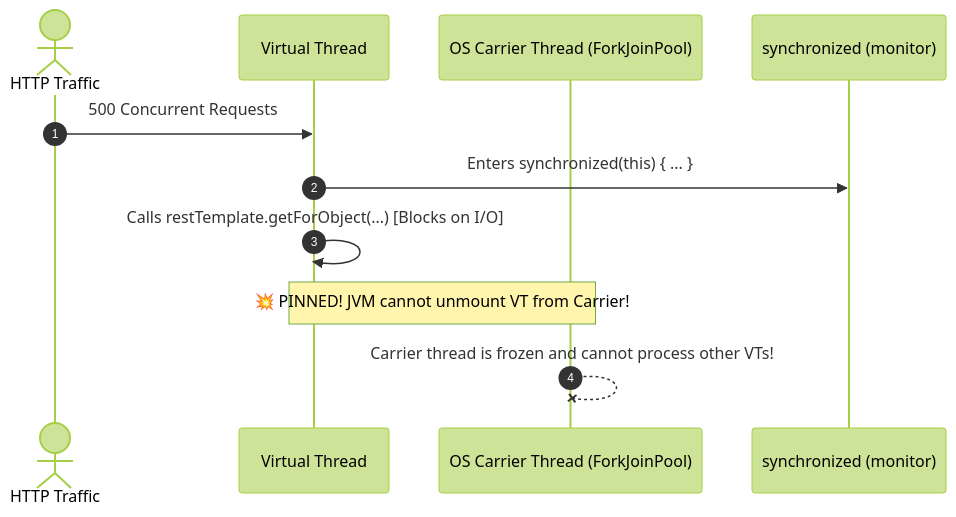
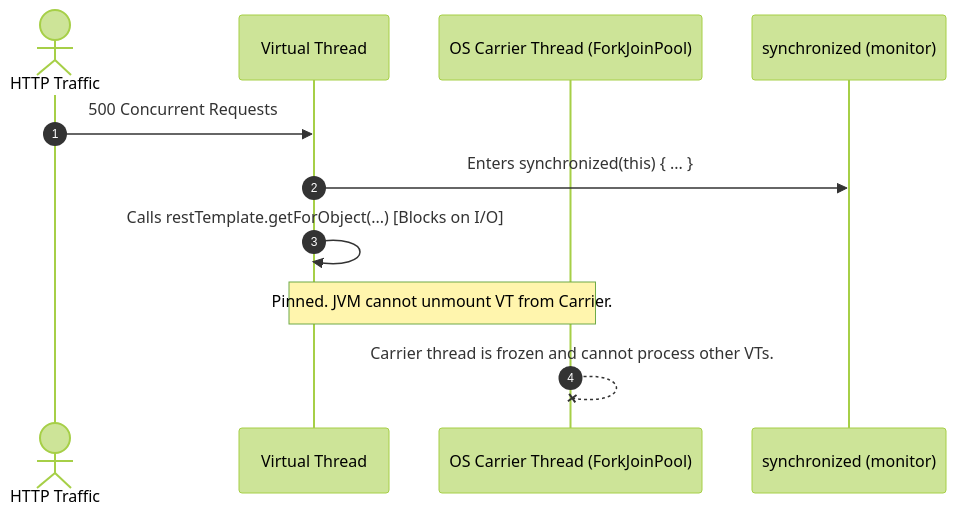
The second of 2 diagrams in docs/debugging/spring-modulith-and-virtual-thread-pinning-pitfalls.md (Rohit1024/spring-boot-mastery), drawn with Mermaid (forest theme) before and after one commit. The commit also changed other lines of this file and 117 other files, not shown here.

````diff
--- a/docs/debugging/spring-modulith-and-virtual-thread-pinning-pitfalls.md
+++ b/docs/debugging/spring-modulith-and-virtual-thread-pinning-pitfalls.md
@@ -61,14 +61,14 @@
 ``` mermaid
 sequenceDiagram
     autonumber
     actor Client as HTTP Traffic
     participant VT as Virtual Thread
     participant Carrier as OS Carrier Thread (ForkJoinPool)
     participant Lock as synchronized (monitor)
 
     Client->>VT: 500 Concurrent Requests
     VT->>Lock: Enters synchronized(this) { ... }
     VT->>VT: Calls restTemplate.getForObject(...) [Blocks on I/O]
-    Note over VT,Carrier: 💥 PINNED! JVM cannot unmount VT from Carrier!
-    Carrier--xCarrier: Carrier thread is frozen and cannot process other VTs!
+    Note over VT,Carrier: Pinned. JVM cannot unmount VT from Carrier.
+    Carrier--xCarrier: Carrier thread is frozen and cannot process other VTs.
 ```
````
